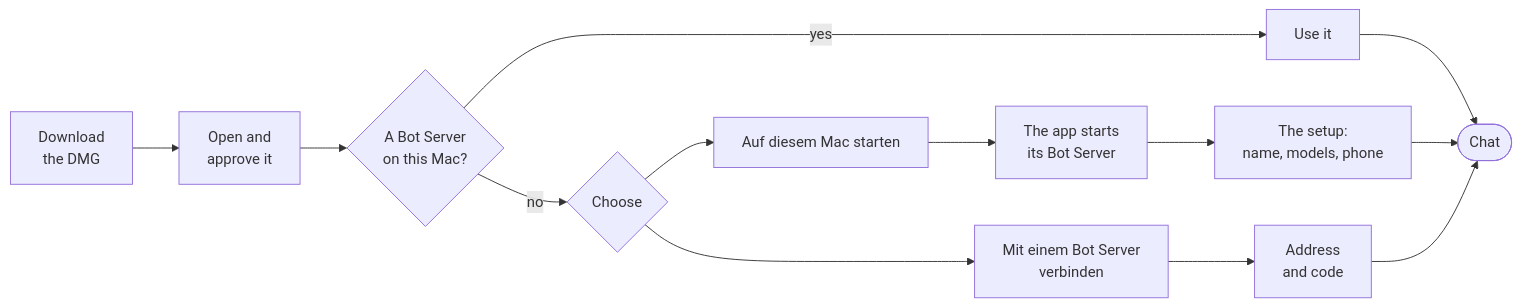
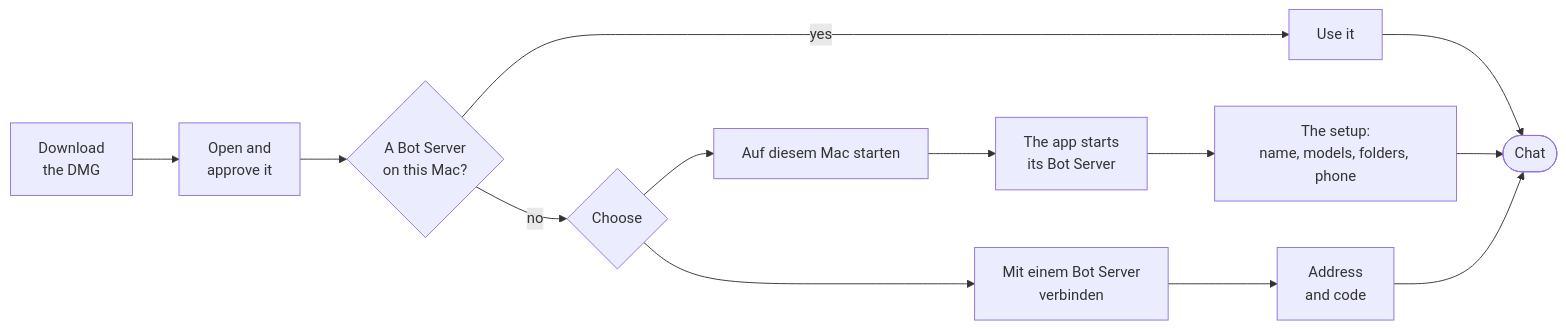
The diagram in docs/mac-app.md (engenty/wizards-bot), drawn with Mermaid before and after one commit. The commit also changed 13 other files, not shown here.

Commit message:
feat(setup): a folders step: the agents' own folder and folders to connect (#35)

````diff
--- a/docs/mac-app.md
+++ b/docs/mac-app.md
@@ -22,15 +22,15 @@
 ```mermaid
 flowchart LR
   dl[Download<br/>the DMG] --> open[Open and<br/>approve it]
   open --> found{A Bot Server<br/>on this Mac?}
   found -- yes --> use[Use it]
   found -- no --> choose{Choose}
   choose --> local[Auf diesem Mac starten]
   local --> start[The app starts<br/>its Bot Server]
-  start --> setup[The setup:<br/>name, models, phone]
+  start --> setup[The setup:<br/>name, models, folders, phone]
   choose --> remote[Mit einem Bot Server<br/>verbinden]
   remote --> code[Address<br/>and code]
   use --> chat([Chat])
   setup --> chat
   code --> chat
 ```
````
